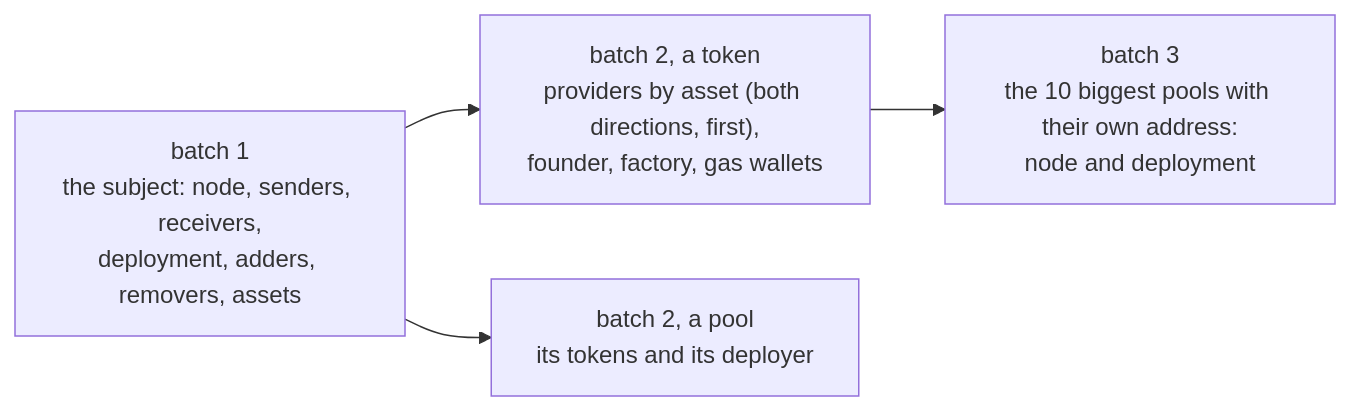
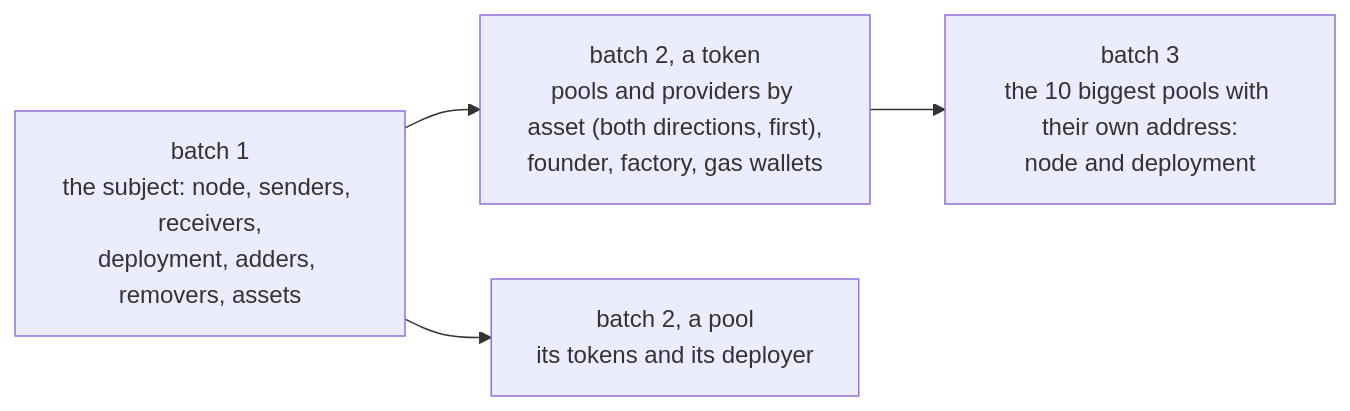
The fourth of 5 diagrams in docs/mcp-proxy.md (chainswarm/chain-insights), drawn with Mermaid before and after one commit. The commit also changed other lines of this file and 45 other files, not shown here.

First line of the commit message:
chain-insights-risk-golden: 0.91.0, the exact pool list of a token, the factory named by its launchpad, the old address screen deleted, the golden runner with 50 cases (#596)

````diff
--- a/docs/mcp-proxy.md
+++ b/docs/mcp-proxy.md
@@ -389,6 +390,6 @@
 ```mermaid
 flowchart LR
-    B1["batch 1<br/>the subject: node, senders, receivers,<br/>deployment, adders, removers, assets"] --> B2["batch 2, a token<br/>providers by asset (both directions, first),<br/>founder, factory, gas wallets"]
+    B1["batch 1<br/>the subject: node, senders, receivers,<br/>deployment, adders, removers, assets"] --> B2["batch 2, a token<br/>pools and providers by asset (both directions, first),<br/>founder, factory, gas wallets"]
     B1 --> P2["batch 2, a pool<br/>its tokens and its deployer"]
     B2 --> B3["batch 3<br/>the 10 biggest pools with their own address:<br/>node and deployment"]
 ```
````
